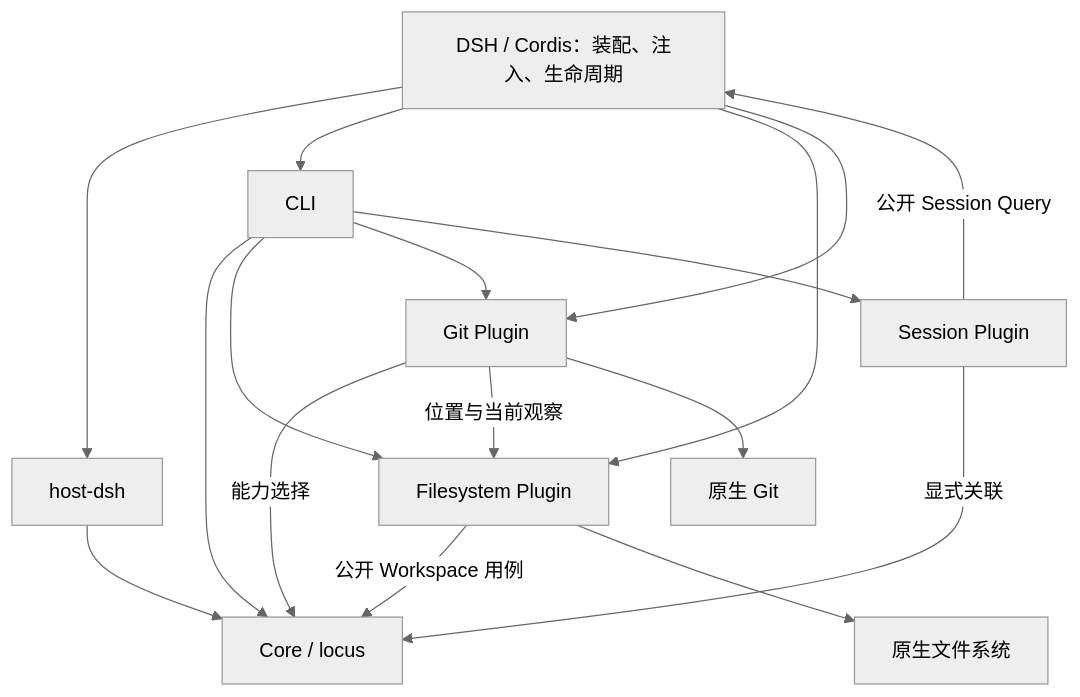
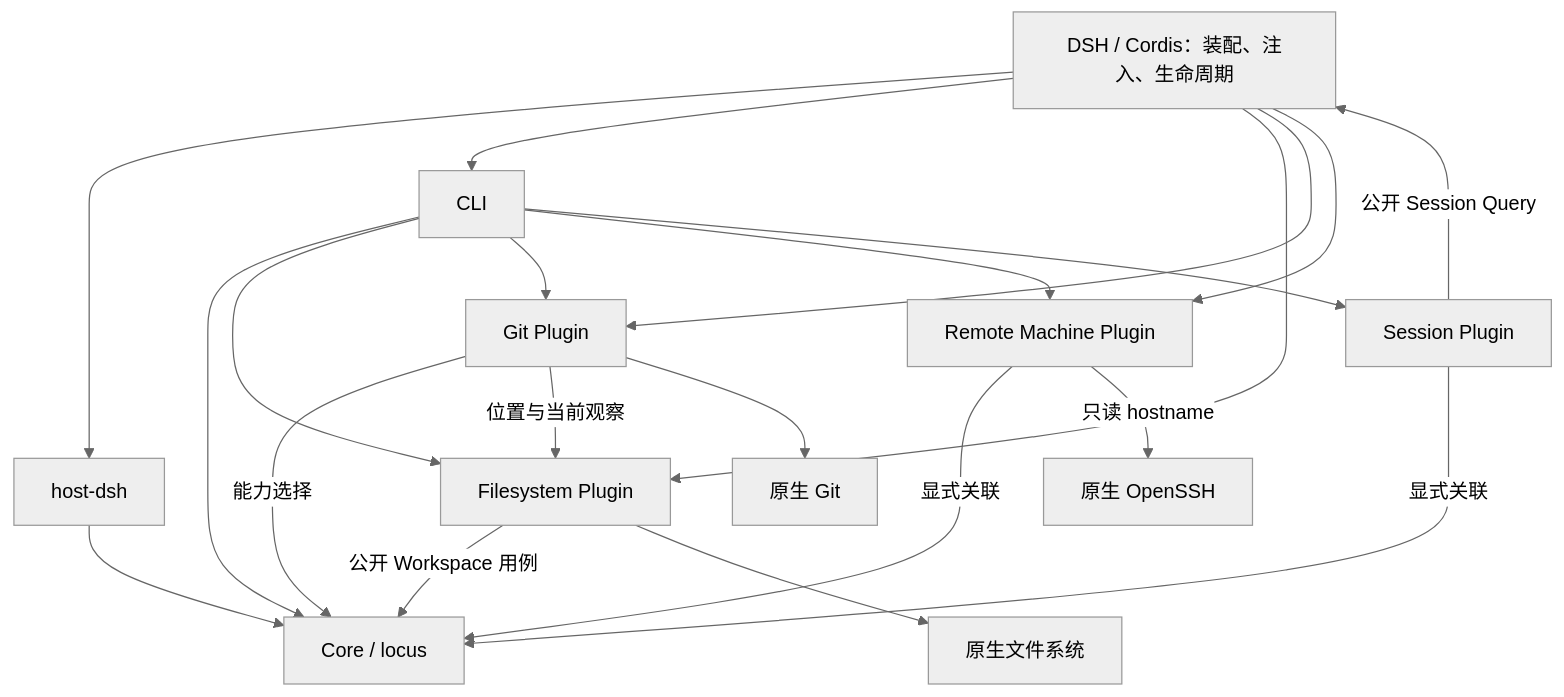
One commit to SWdrift/locus-workspace changed the diagram in docs/architecture.md. Above: the diagram before and after it, drawn with Mermaid (neutral theme). The commit also changed other lines of this file and 23 other files, not shown here.

Commit message:
feat: 交付 Remote Machine 能力切片

````diff
--- a/docs/architecture.md
+++ b/docs/architecture.md
@@ -26,19 +27,23 @@
 ```mermaid
 flowchart TD
     DSH["DSH / Cordis：装配、注入、生命周期"] --> Host["host-dsh"]
     DSH --> CLI["CLI"]
     DSH --> FS["Filesystem Plugin"]
     DSH --> Git["Git Plugin"]
+    DSH --> Machine["Remote Machine Plugin"]
     Host --> Core["Core / locus"]
     CLI --> Core
     CLI --> FS
     CLI --> Git
+    CLI --> Machine
     CLI --> Session["Session Plugin"]
+    Machine -->|"显式关联"| Core
+    Machine -->|"只读 hostname"| SSH["原生 OpenSSH"]
     Session -->|"公开 Session Query"| DSH
     Session -->|"显式关联"| Core
     FS -->|"公开 Workspace 用例"| Core
     Git -->|"能力选择"| Core
     Git -->|"位置与当前观察"| FS
     FS --> Files["原生文件系统"]
     Git --> NativeGit["原生 Git"]
 ```
````
